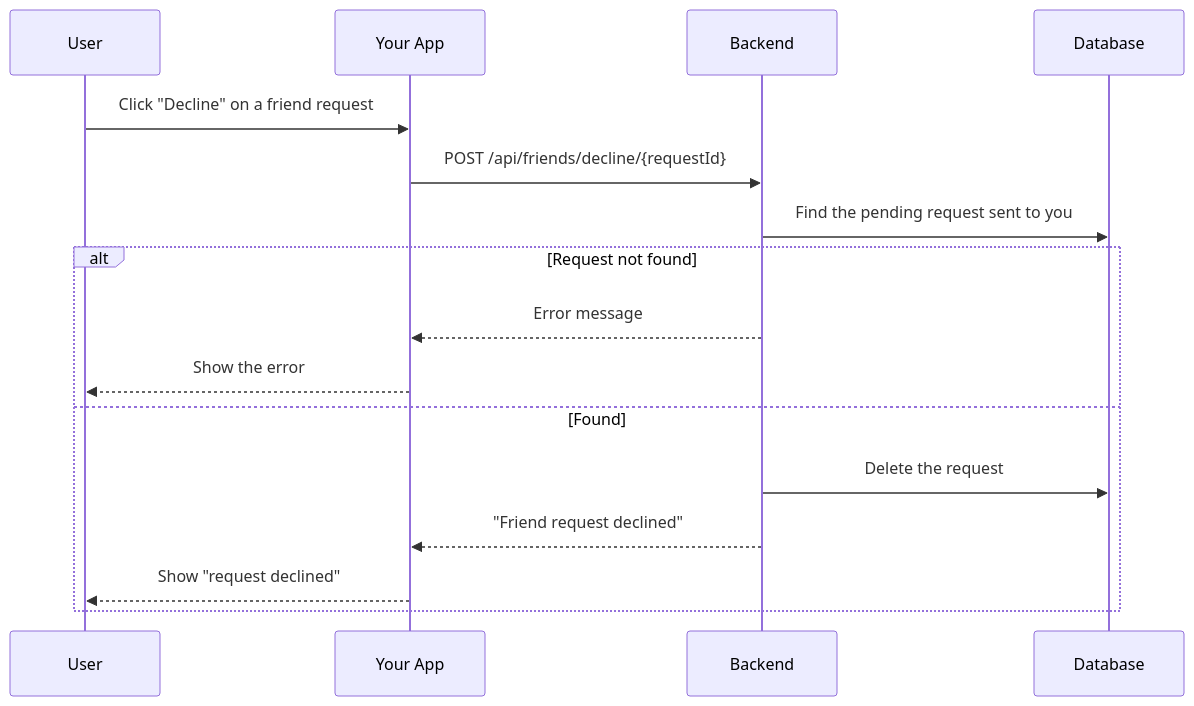
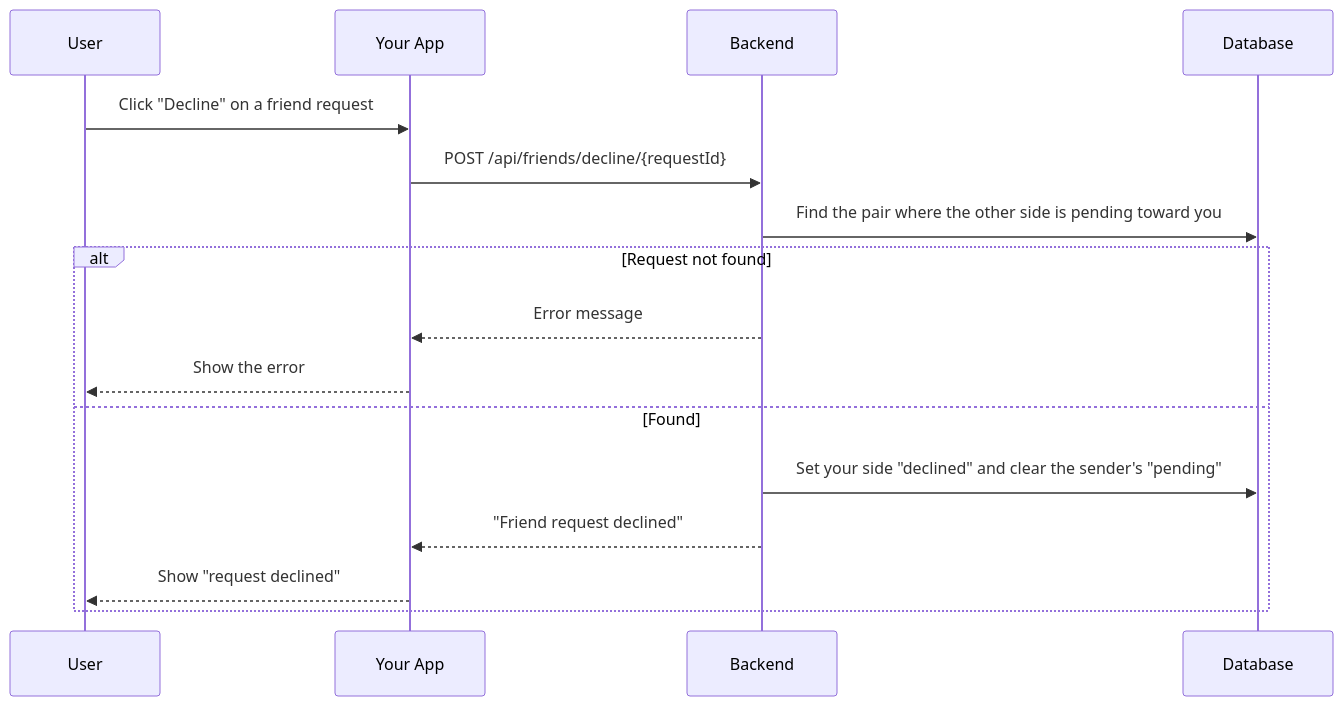
Before and after one commit to J00ZzZ/ft_transcendence: the third of 7 diagrams in docs/backend/backend-friends-module.md, drawn with Mermaid. The commit also changed other lines of this file and 17 other files, not shown here.

````diff
--- a/docs/backend/backend-friends-module.md
+++ b/docs/backend/backend-friends-module.md
@@ -186,19 +235,19 @@
 ```mermaid
 sequenceDiagram
     participant User
     participant Site as Your App
     participant Server as Backend
     participant DB as Database
 
     User->>Site: Click "Decline" on a friend request
     Site->>Server: POST /api/friends/decline/{requestId}
-    Server->>DB: Find the pending request sent to you
+    Server->>DB: Find the pair where the other side is pending toward you
     alt Request not found
         Server-->>Site: Error message
         Site-->>User: Show the error
     else Found
-        Server->>DB: Delete the request
+        Server->>DB: Set your side "declined" and clear the sender's "pending"
         Server-->>Site: "Friend request declined"
         Site-->>User: Show "request declined"
     end
 ```
````
